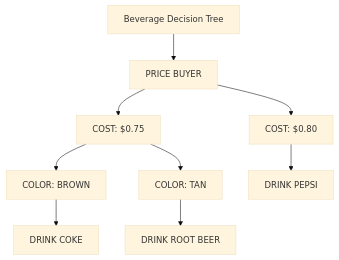
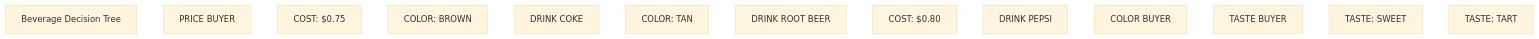
One commit to buckeye43210/pyPERM changed the diagram in README.md. Above: the diagram before and after it, drawn with Mermaid (base theme).

Commit message:
Update README.md
Adding mermaid diagram

````diff
--- a/README.md
+++ b/README.md
@@ -144,20 +144,28 @@
 ```mermaid
 graph TD;
     N1["Beverage Decision Tree"];
     N2["PRICE BUYER"];
-    N1 --> N2;
     N3["COST: $0.75"];
-    N2 --> N3;
     N4["COLOR: BROWN"];
-    N3 --> N4;
     N5["DRINK COKE"];
-    N4 --> N5;
     N6["COLOR: TAN"];
-    N3 --> N6;
     N7["DRINK ROOT BEER"];
-    N6 --> N7;
     N8["COST: $0.80"];
-    N2 --> N8;
     N9["DRINK PEPSI"];
-    N8 --> N9;
+    N10["COLOR BUYER"];
+    N4["COLOR: BROWN"];
+    N3["COST: $0.75"];
+    N5["DRINK COKE"];
+    N8["COST: $0.80"];
+    N9["DRINK PEPSI"];
+    N6["COLOR: TAN"];
+    N7["DRINK ROOT BEER"];
+    N11["TASTE BUYER"];
+    N12["TASTE: SWEET"];
+    N7["DRINK ROOT BEER"];
+    N13["TASTE: TART"];
+    N3["COST: $0.75"];
+    N5["DRINK COKE"];
+    N8["COST: $0.80"];
+    N9["DRINK PEPSI"];
 ```
````
